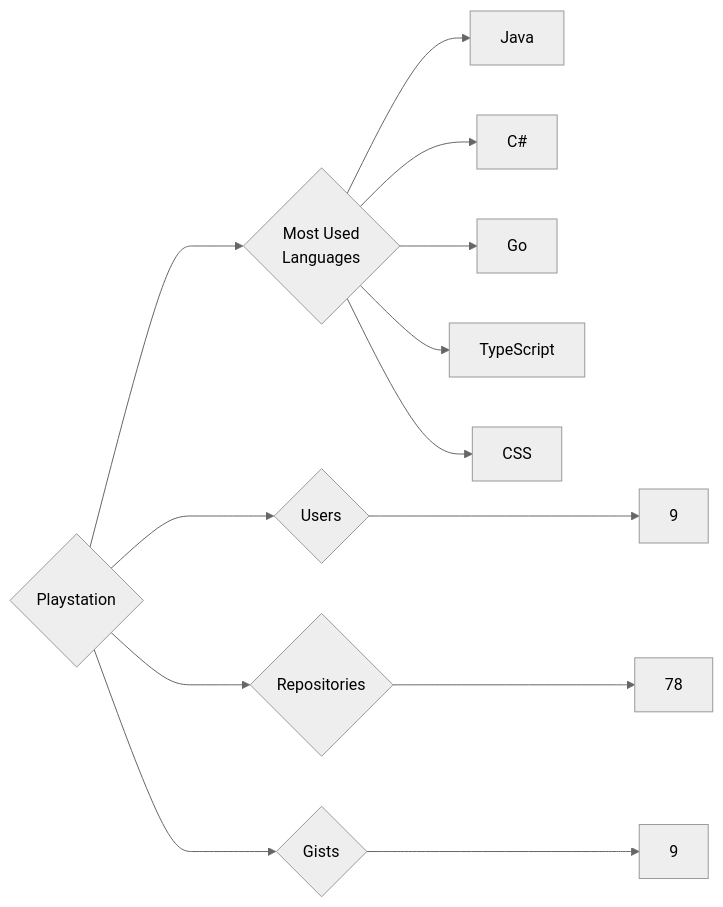
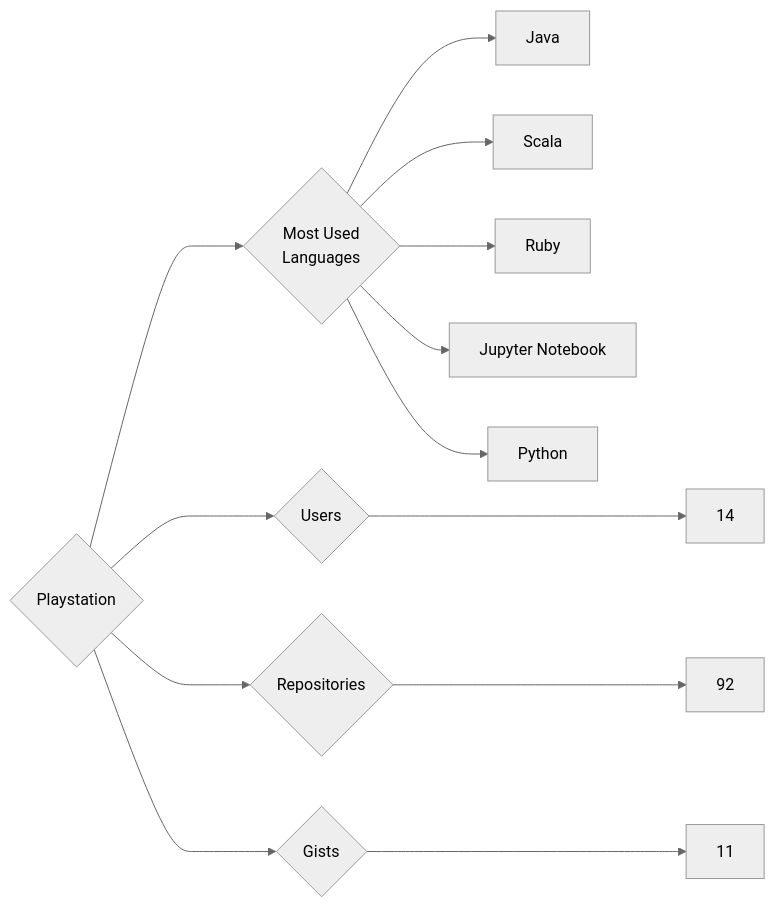
One commit to trickest/insiders changed the diagram in targets/Playstation/README.md. Above: the diagram before and after it, drawn with Mermaid (neutral theme). The commit also changed 928 other files, not shown here.

````diff
--- a/targets/Playstation/README.md
+++ b/targets/Playstation/README.md
@@ -3,13 +3,13 @@
 ```mermaid
 graph LR
 COMPANY_NAME{Playstation}
-COMPANY_NAME ---> U{Users} ---> UN[9]
-COMPANY_NAME ---> R{Repositories} ---> RN[78]
-COMPANY_NAME ---> G{Gists} ---> GN[9]
+COMPANY_NAME ---> U{Users} ---> UN[14]
+COMPANY_NAME ---> R{Repositories} ---> RN[92]
+COMPANY_NAME ---> G{Gists} ---> GN[11]
 COMPANY_NAME ---> ML{Most Used<br>Languages}
 ML --> Java[Java]
-ML --> C#[C#]
-ML --> Go[Go]
-ML --> TypeScript[TypeScript]
-ML --> CSS[CSS]
+ML --> Scala[Scala]
+ML --> Ruby[Ruby]
+ML --> Jupyter_Notebook[Jupyter Notebook]
+ML --> Python[Python]
 ```
````
